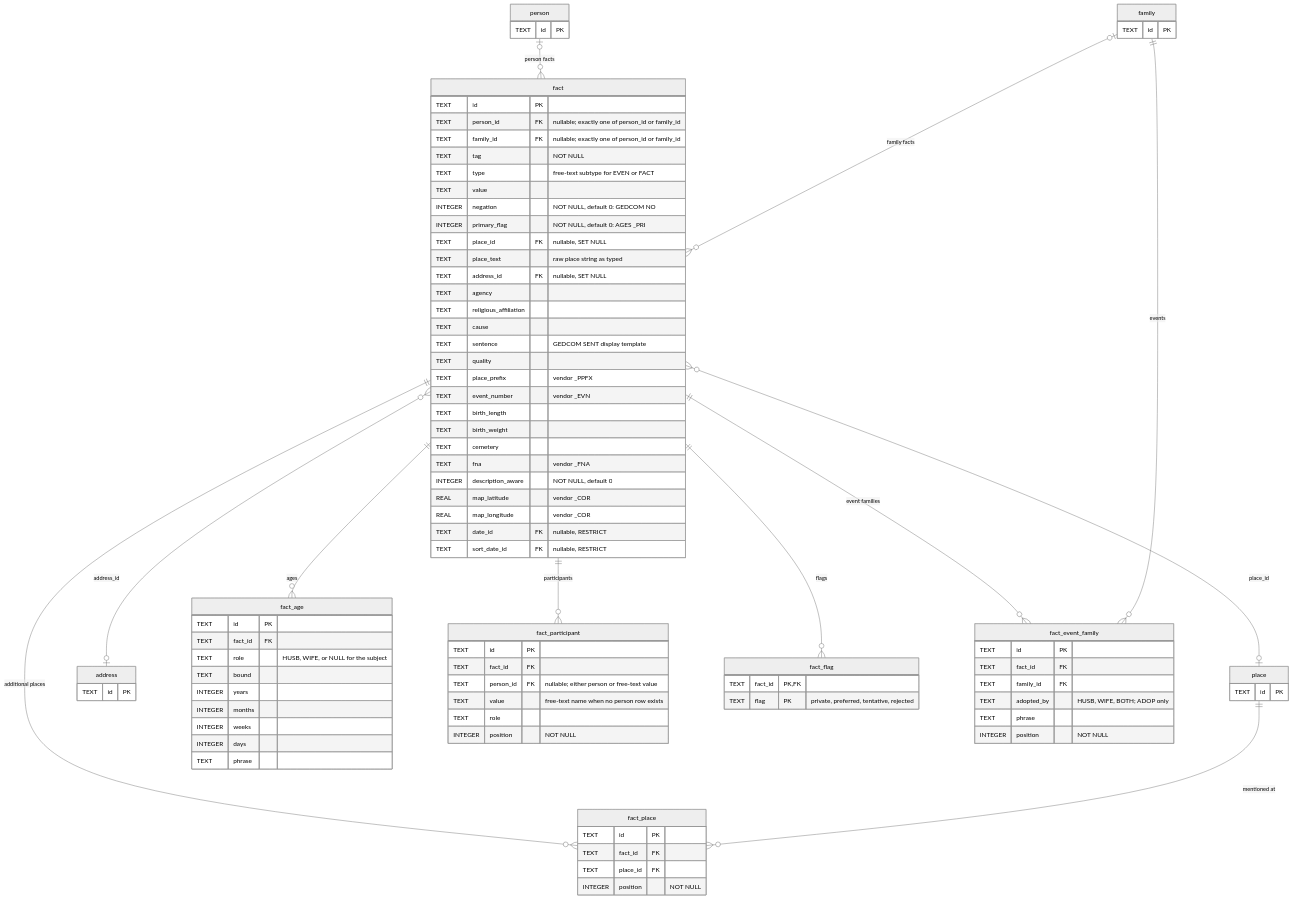
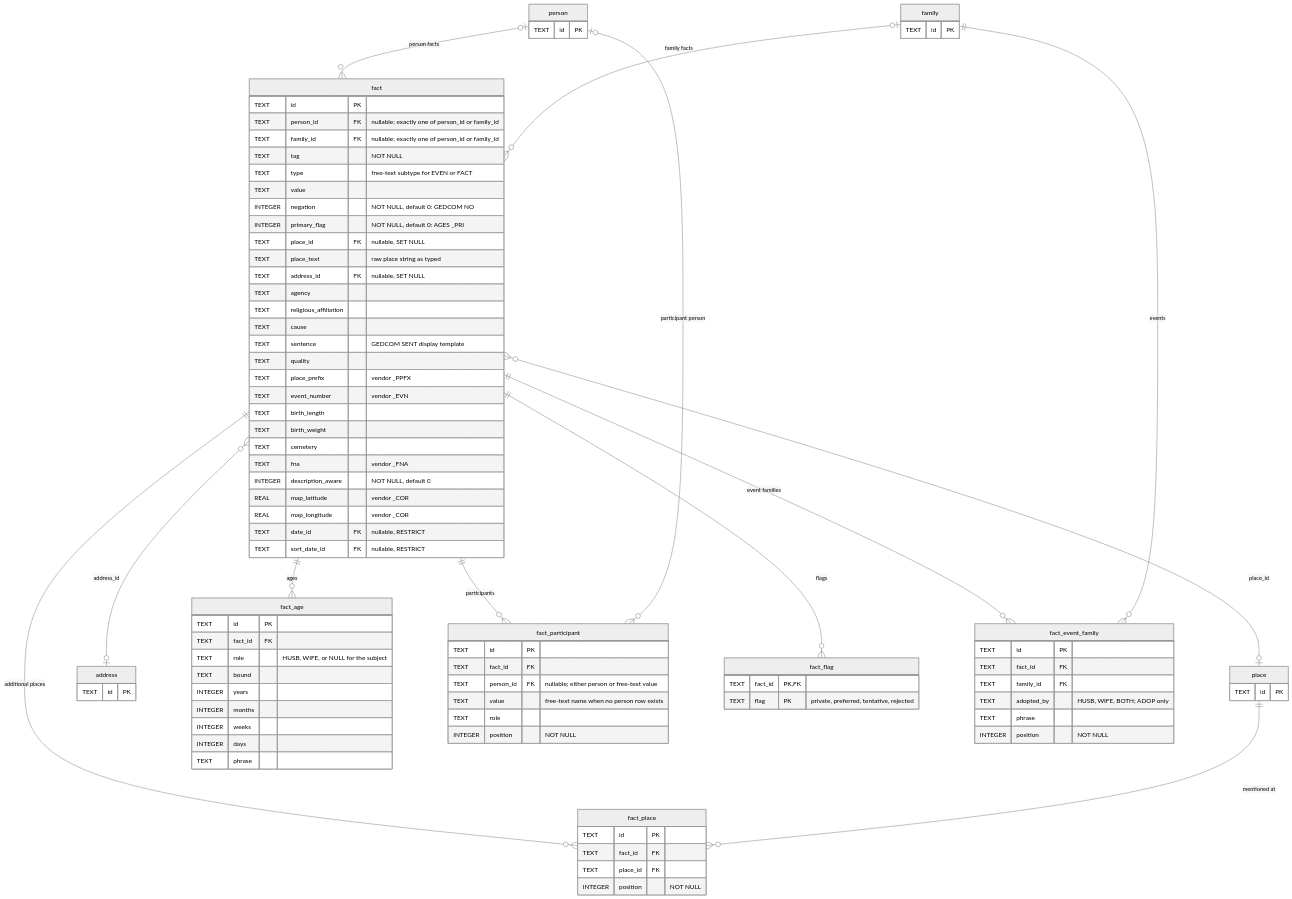
The third of 12 diagrams in docs/db-schema.md (borisovodov/doru), drawn with Mermaid (neutral theme) before and after one commit. The commit also changed other lines of this file, not shown here.

First line of the commit message:
Fix stale details in the database schema reference

```diff
--- a/docs/db-schema.md
+++ b/docs/db-schema.md
@@ -232,6 +234,7 @@
     fact }o--o| address : "address_id"
     fact ||--o{ fact_age : "ages"
     fact ||--o{ fact_participant : "participants"
+    person |o--o{ fact_participant : "participant person"
     fact ||--o{ fact_flag : "flags"
     fact ||--o{ fact_event_family : "event families"
     family ||--o{ fact_event_family : "events"
```
